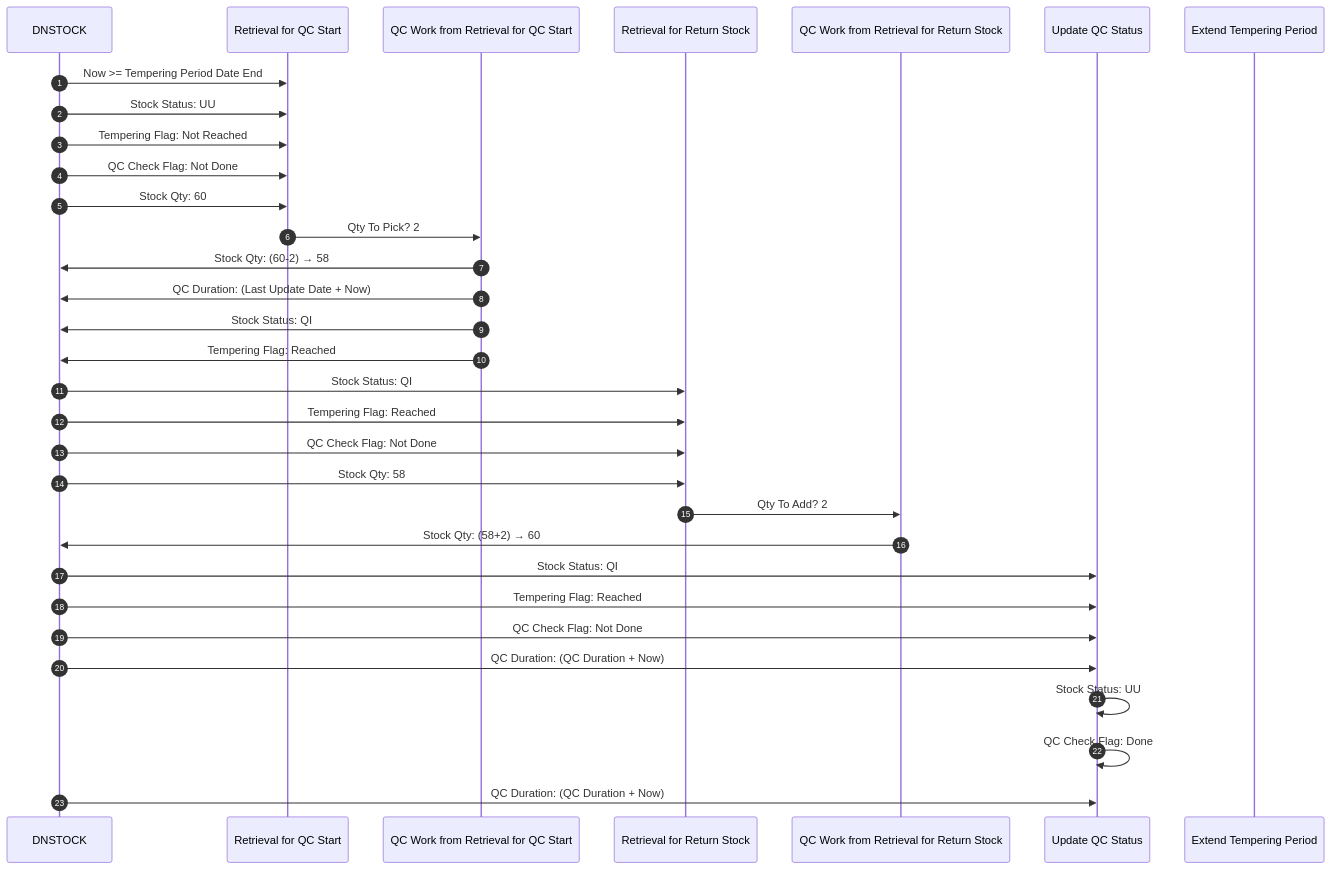
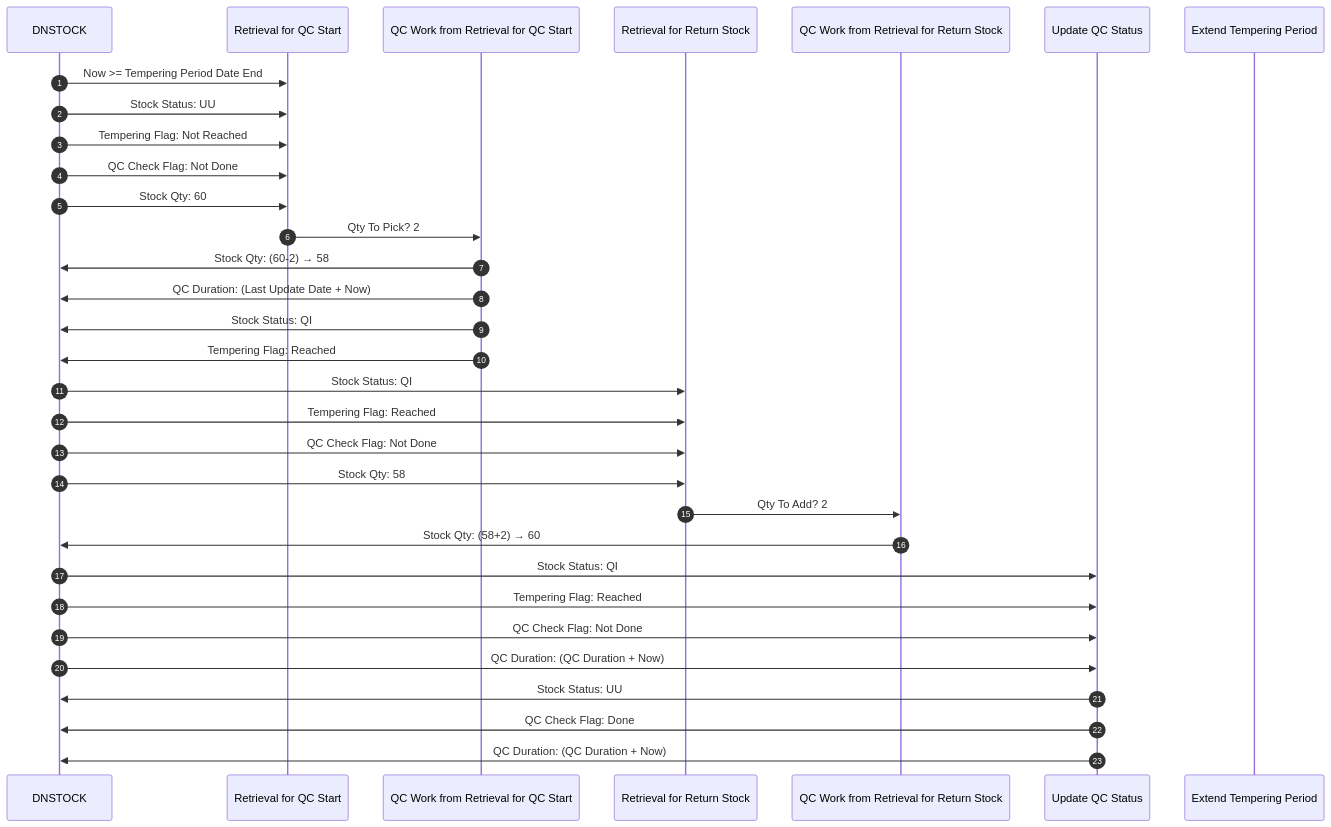
Before and after one commit to luthfiadityaa/SimeDarby-Wiki: the diagram in Basic-Design/DFD-WMS/Retrieval/QC-Setting.md, drawn with Mermaid.

Commit message:
Updated QC Setting

```diff
--- a/Basic-Design/DFD-WMS/Retrieval/QC-Setting.md
+++ b/Basic-Design/DFD-WMS/Retrieval/QC-Setting.md
@@ -11,50 +11,50 @@
 ::: mermaid
 sequenceDiagram
     autonumber
 
     participant DNSTOCK
     participant Retrieval for QC Start
     participant QC Work from Retrieval for QC Start
     participant Retrieval for Return Stock
     participant QC Work from Retrieval for Return Stock
     participant Update QC Status
     participant Extend Tempering Period
 
     %% --- 1. DNSTOCK ---
     DNSTOCK ->> Retrieval for QC Start: Now >= Tempering Period Date End
     DNSTOCK ->> Retrieval for QC Start: Stock Status: UU  
     DNSTOCK ->> Retrieval for QC Start: Tempering Flag: Not Reached 
     DNSTOCK ->> Retrieval for QC Start: QC Check Flag: Not Done
     DNSTOCK ->> Retrieval for QC Start: Stock Qty: 60
 
     %% --- 2. Retrieval for QC Start ---
     Retrieval for QC Start ->> QC Work from Retrieval for QC Start: Qty To Pick?  2
 
     %% --- 3. QC Work from Retrieval for QC Start ---
     QC Work from Retrieval for QC Start ->> DNSTOCK: Stock Qty: (60-2) → 58
     QC Work from Retrieval for QC Start ->> DNSTOCK: QC Duration: (Last Update Date + Now)
     QC Work from Retrieval for QC Start ->> DNSTOCK: Stock Status: QI
     QC Work from Retrieval for QC Start ->> DNSTOCK: Tempering Flag: Reached
 
     %% --- 4. Retrieval for Return Stock ---
     DNSTOCK ->> Retrieval for Return Stock: Stock Status: QI  
     DNSTOCK ->> Retrieval for Return Stock: Tempering Flag: Reached 
     DNSTOCK ->> Retrieval for Return Stock: QC Check Flag: Not Done
     DNSTOCK ->> Retrieval for Return Stock: Stock Qty: 58
 
     Retrieval for Return Stock ->> QC Work from Retrieval for Return Stock: Qty To Add?  2
 
     %% --- 5. QC Work from Retrieval for Return Stock ---
     QC Work from Retrieval for Return Stock ->> DNSTOCK: Stock Qty: (58+2) → 60
 
     %% --- 6. Update QC Status ---
     DNSTOCK ->> Update QC Status: Stock Status: QI  
     DNSTOCK ->> Update QC Status: Tempering Flag: Reached 
     DNSTOCK ->> Update QC Status: QC Check Flag: Not Done
     DNSTOCK ->> Update QC Status: QC Duration: (QC Duration + Now)
     
-    Update QC Status ->> Update QC Status: Stock Status: UU  
-    Update QC Status ->> Update QC Status: QC Check Flag: Done
-    DNSTOCK ->> Update QC Status: QC Duration: (QC Duration + Now)
+    Update QC Status ->> DNSTOCK: Stock Status: UU  
+    Update QC Status ->> DNSTOCK: QC Check Flag: Done
+    Update QC Status ->> DNSTOCK: QC Duration: (QC Duration + Now)
 
 :::
```
